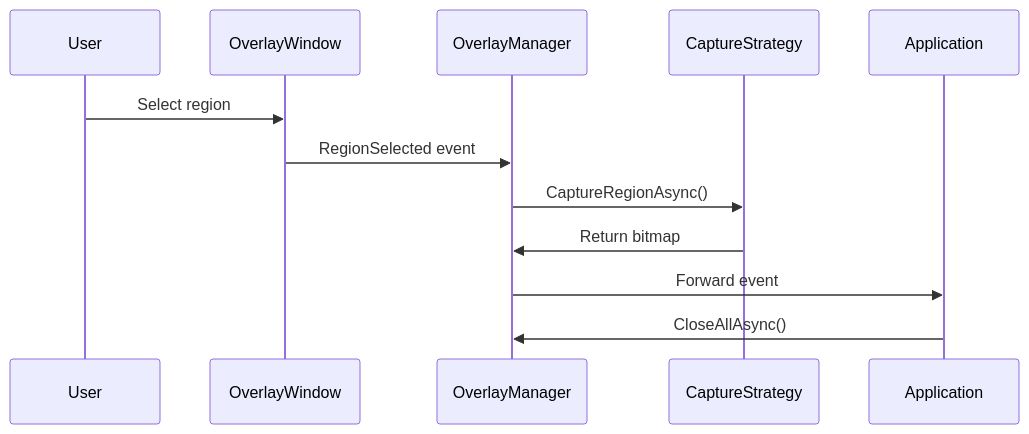
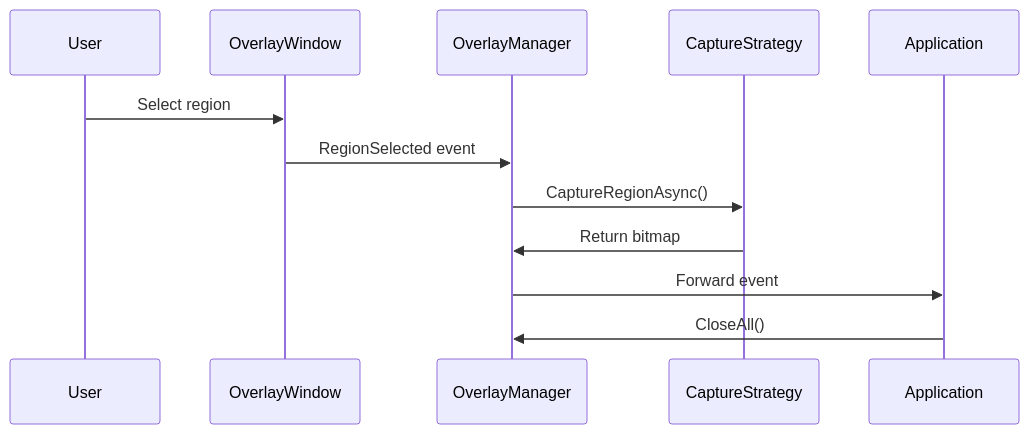
The second of 3 diagrams in docs/overlay-system-architecture.md (AGIBuild/AGI.Kapster), drawn with Mermaid before and after one commit. The commit also changed other lines of this file and 11 other files, not shown here.

````diff
--- a/docs/overlay-system-architecture.md
+++ b/docs/overlay-system-architecture.md
@@ -84,15 +90,15 @@
 ```mermaid
 sequenceDiagram
     participant User as User
     participant OW as OverlayWindow
     participant OM as OverlayManager
     participant CS as CaptureStrategy
     participant App as Application
     
     User->>OW: Select region
     OW->>OM: RegionSelected event
     OM->>CS: CaptureRegionAsync()
     CS->>OM: Return bitmap
     OM->>App: Forward event
-    App->>OM: CloseAllAsync()
+    App->>OM: CloseAll()
 ```
````
